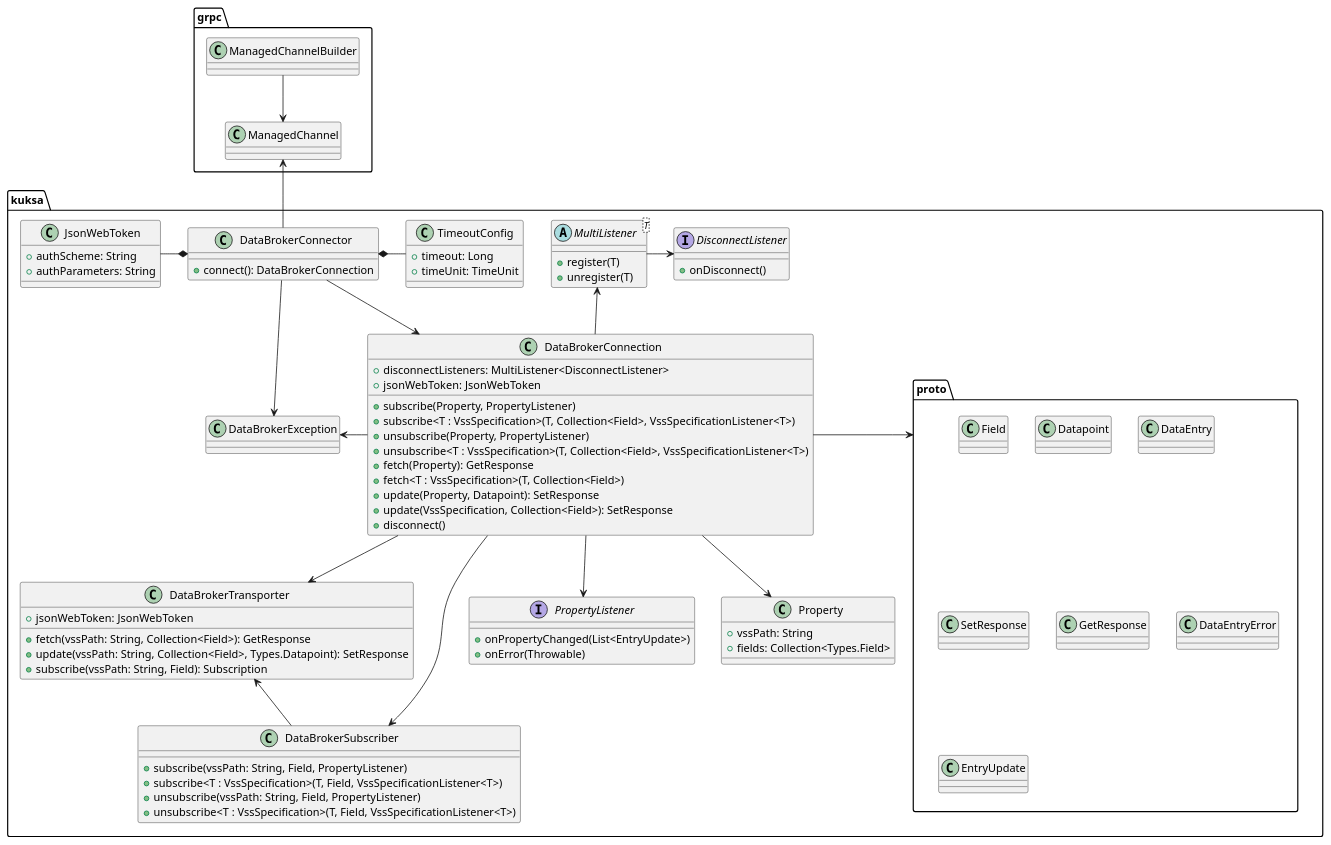
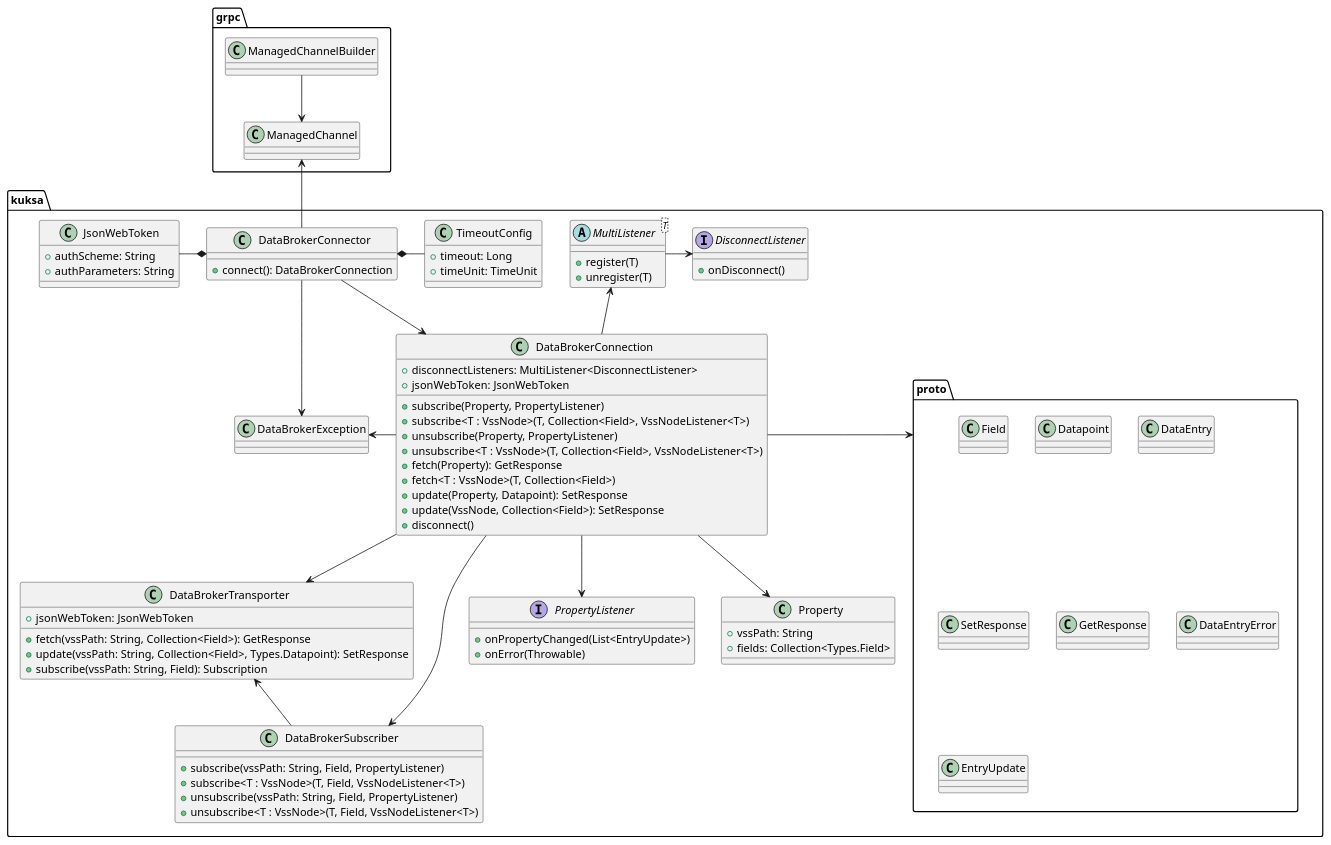
Before and after one commit to eclipse-kuksa/kuksa-android-sdk: the diagram in docs/kuksa-sdk_class-diagram.puml, drawn with PlantUML. The commit also changed 20 other files, not shown here.

```diff
--- a/docs/kuksa-sdk_class-diagram.puml
+++ b/docs/kuksa-sdk_class-diagram.puml
@@ -1,107 +1,107 @@
 @startuml
 'https://plantuml.com/class-diagram
 
 package grpc {
 
     ManagedChannelBuilder --> ManagedChannel
 
     class ManagedChannel
     class ManagedChannelBuilder
 
 }
 
 package kuksa {
 
     package proto {
         class Field
         class Datapoint
         class DataEntry
         class SetResponse
         class GetResponse
         class DataEntryError
         class EntryUpdate
     }
 
     DataBrokerConnector -down-> DataBrokerException
     DataBrokerConnector -down-> DataBrokerConnection
     DataBrokerConnection -down-> DataBrokerTransporter
     DataBrokerConnection -down-> DataBrokerSubscriber
     DataBrokerConnection -down-> PropertyListener
     DataBrokerConnection -down-> Property
     DataBrokerConnection -left-> DataBrokerException
     DataBrokerConnection -up-> MultiListener
     DataBrokerSubscriber -up-> DataBrokerTransporter
     MultiListener -right-> DisconnectListener
     TimeoutConfig -left-* DataBrokerConnector
     JsonWebToken -right-* DataBrokerConnector
 
     class DataBrokerConnector {
         + connect(): DataBrokerConnection
     }
 
     class TimeoutConfig {
         + timeout: Long
         + timeUnit: TimeUnit
     }
 
     class DataBrokerTransporter {
         + jsonWebToken: JsonWebToken
 
         + fetch(vssPath: String, Collection<Field>): GetResponse
         + update(vssPath: String, Collection<Field>, Types.Datapoint): SetResponse
         + subscribe(vssPath: String, Field): Subscription
     }
 
     class DataBrokerSubscriber {
         + subscribe(vssPath: String, Field, PropertyListener)
-        + subscribe<T : VssSpecification>(T, Field, VssSpecificationListener<T>)
+        + subscribe<T : VssNode>(T, Field, VssNodeListener<T>)
         + unsubscribe(vssPath: String, Field, PropertyListener)
-        + unsubscribe<T : VssSpecification>(T, Field, VssSpecificationListener<T>)
+        + unsubscribe<T : VssNode>(T, Field, VssNodeListener<T>)
     }
 
     class DataBrokerConnection {
         + disconnectListeners: MultiListener<DisconnectListener>
         + jsonWebToken: JsonWebToken
 
         + subscribe(Property, PropertyListener)
-        + subscribe<T : VssSpecification>(T, Collection<Field>, VssSpecificationListener<T>)
+        + subscribe<T : VssNode>(T, Collection<Field>, VssNodeListener<T>)
         + unsubscribe(Property, PropertyListener)
-        + unsubscribe<T : VssSpecification>(T, Collection<Field>, VssSpecificationListener<T>)
+        + unsubscribe<T : VssNode>(T, Collection<Field>, VssNodeListener<T>)
         + fetch(Property): GetResponse
-        + fetch<T : VssSpecification>(T, Collection<Field>)
+        + fetch<T : VssNode>(T, Collection<Field>)
         + update(Property, Datapoint): SetResponse
-        + update(VssSpecification, Collection<Field>): SetResponse
+        + update(VssNode, Collection<Field>): SetResponse
         + disconnect()
     }
     
     interface PropertyListener {
         + onPropertyChanged(List<EntryUpdate>)
         + onError(Throwable)
     }
 
     class Property {
         + vssPath: String
         + fields: Collection<Types.Field>
     }
 
     class DataBrokerException
 
     abstract class MultiListener<T> {
         + register(T)
         + unregister(T)
     }
 
     interface DisconnectListener {
         + onDisconnect()
     }
 
     class JsonWebToken {
         + authScheme: String
         + authParameters: String
     }
 }
 
 DataBrokerConnector -up-> ManagedChannel
 DataBrokerConnection -right-> proto
 
 @enduml
```
